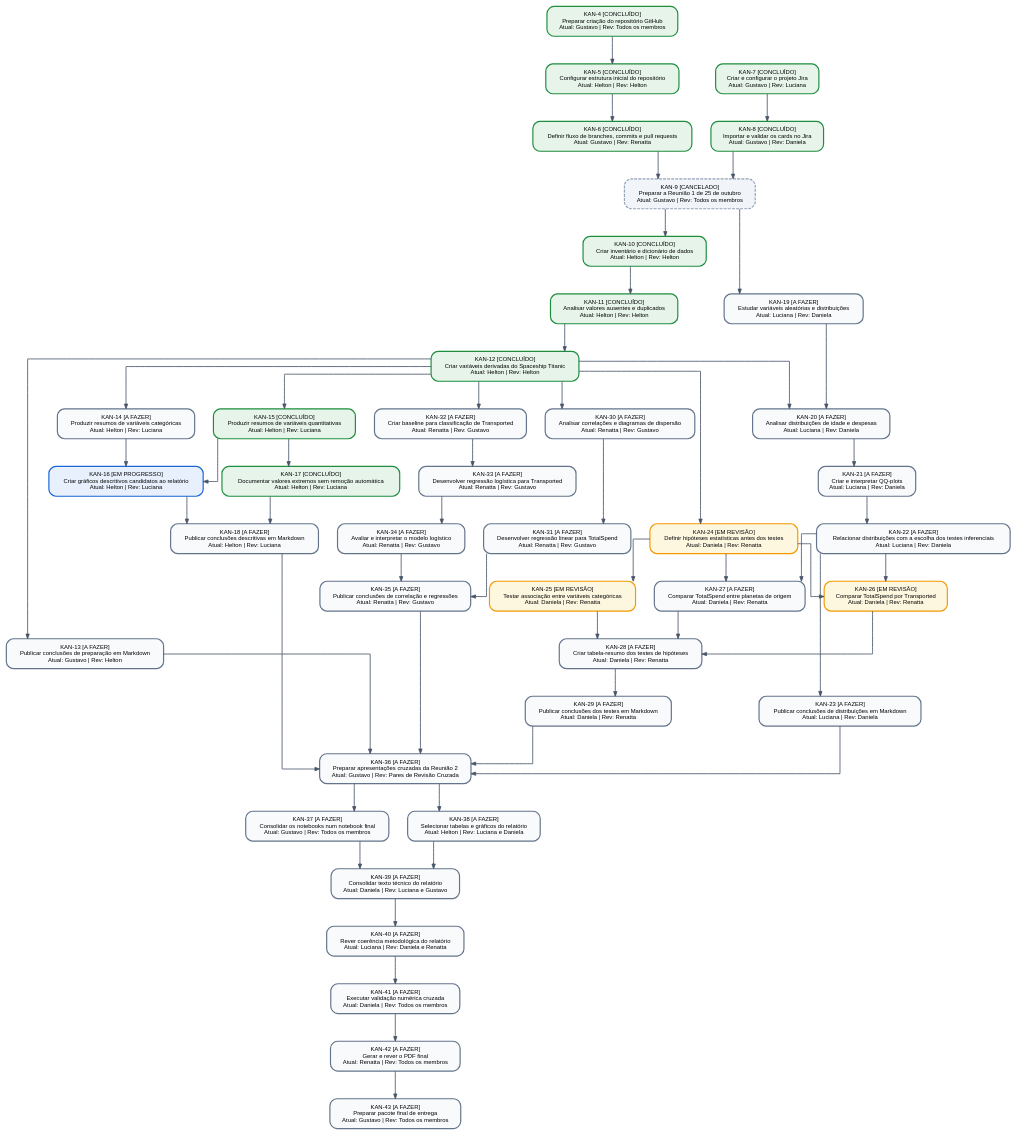
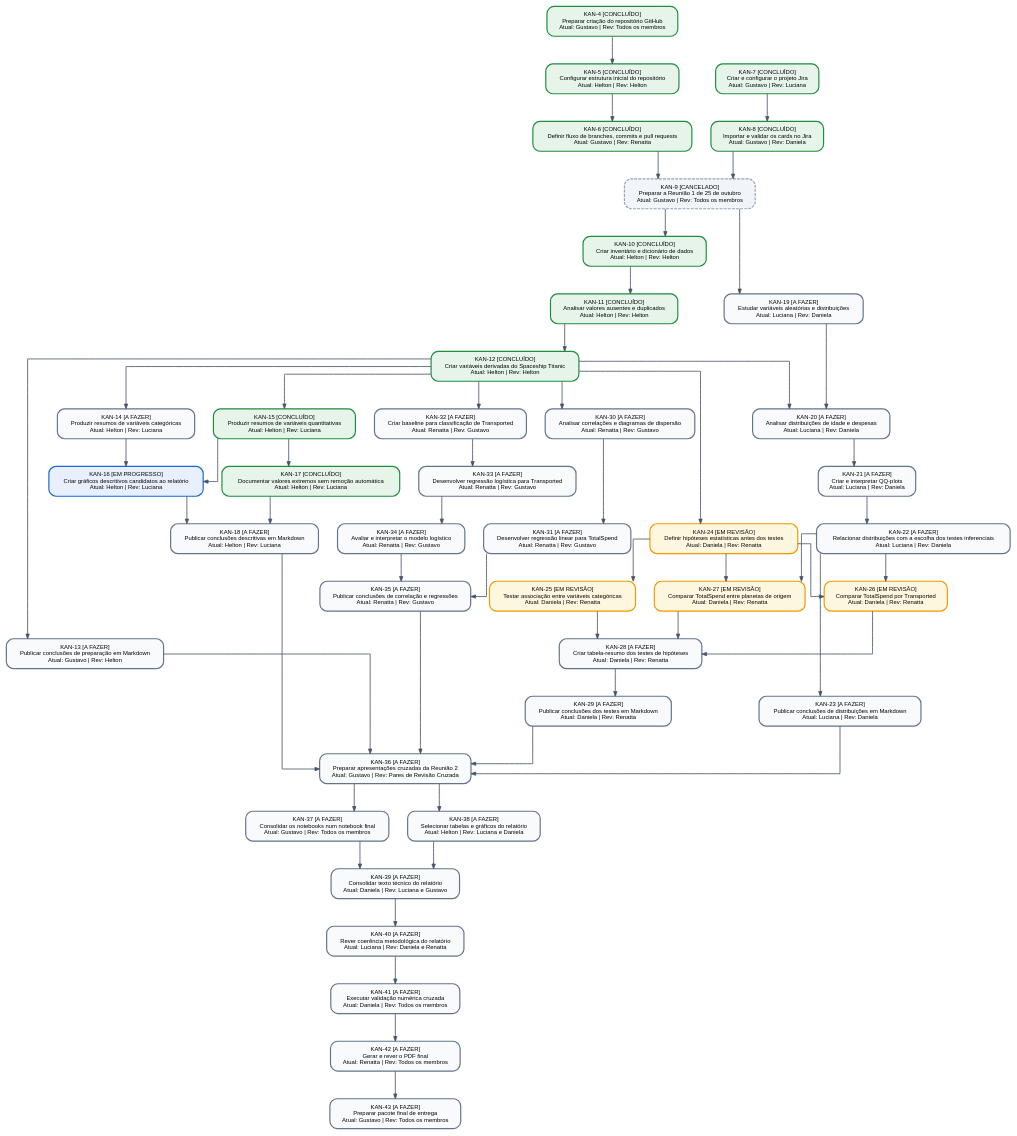
One commit to gmenezesg/spaceship-titanic-estatistica-posdl changed the diagram in docs/mapa_dependencias_jira.dot. Above: the diagram before and after it, drawn with Graphviz. The commit also changed 4 other files, not shown here.

```diff
--- a/docs/mapa_dependencias_jira.dot
+++ b/docs/mapa_dependencias_jira.dot
@@ -1,103 +1,103 @@
 digraph JiraDependencyMap {
     rankdir=TB;
     splines=ortho;
     nodesep=0.45;
     ranksep=0.65;
     fontname="Helvetica";
     node [shape=box, style="rounded,filled", fontname="Helvetica", fontsize=10, margin="0.18,0.12", penwidth=2.0];
     edge [color="#475569", penwidth=1.4, arrowsize=0.8];
 
     "KAN-4" [label="KAN-4 [CONCLUÍDO]\nPreparar criação do repositório GitHub\nAtual: Gustavo | Rev: Todos os membros", fillcolor="#E6F4EA", color="#1E8E3E", style="rounded,filled"];
     "KAN-5" [label="KAN-5 [CONCLUÍDO]\nConfigurar estrutura inicial do repositório\nAtual: Helton | Rev: Helton", fillcolor="#E6F4EA", color="#1E8E3E", style="rounded,filled"];
     "KAN-6" [label="KAN-6 [CONCLUÍDO]\nDefinir fluxo de branches, commits e pull requests\nAtual: Gustavo | Rev: Renatta", fillcolor="#E6F4EA", color="#1E8E3E", style="rounded,filled"];
     "KAN-7" [label="KAN-7 [CONCLUÍDO]\nCriar e configurar o projeto Jira\nAtual: Gustavo | Rev: Luciana", fillcolor="#E6F4EA", color="#1E8E3E", style="rounded,filled"];
     "KAN-8" [label="KAN-8 [CONCLUÍDO]\nImportar e validar os cards no Jira\nAtual: Gustavo | Rev: Daniela", fillcolor="#E6F4EA", color="#1E8E3E", style="rounded,filled"];
     "KAN-9" [label="KAN-9 [CANCELADO]\nPreparar a Reunião 1 de 25 de outubro\nAtual: Gustavo | Rev: Todos os membros", fillcolor="#F1F5F9", color="#94A3B8", style="rounded,filled,dashed"];
     "KAN-10" [label="KAN-10 [CONCLUÍDO]\nCriar inventário e dicionário de dados\nAtual: Helton | Rev: Helton", fillcolor="#E6F4EA", color="#1E8E3E", style="rounded,filled"];
     "KAN-11" [label="KAN-11 [CONCLUÍDO]\nAnalisar valores ausentes e duplicados\nAtual: Helton | Rev: Helton", fillcolor="#E6F4EA", color="#1E8E3E", style="rounded,filled"];
     "KAN-12" [label="KAN-12 [CONCLUÍDO]\nCriar variáveis derivadas do Spaceship Titanic\nAtual: Helton | Rev: Helton", fillcolor="#E6F4EA", color="#1E8E3E", style="rounded,filled"];
     "KAN-13" [label="KAN-13 [A FAZER]\nPublicar conclusões de preparação em Markdown\nAtual: Gustavo | Rev: Helton", fillcolor="#F8FAFC", color="#64748B", style="rounded,filled"];
     "KAN-14" [label="KAN-14 [A FAZER]\nProduzir resumos de variáveis categóricas\nAtual: Helton | Rev: Luciana", fillcolor="#F8FAFC", color="#64748B", style="rounded,filled"];
     "KAN-15" [label="KAN-15 [CONCLUÍDO]\nProduzir resumos de variáveis quantitativas\nAtual: Helton | Rev: Luciana", fillcolor="#E6F4EA", color="#1E8E3E", style="rounded,filled"];
     "KAN-16" [label="KAN-16 [EM PROGRESSO]\nCriar gráficos descritivos candidatos ao relatório\nAtual: Helton | Rev: Luciana", fillcolor="#E8F0FE", color="#1967D2", style="rounded,filled"];
     "KAN-17" [label="KAN-17 [CONCLUÍDO]\nDocumentar valores extremos sem remoção automática\nAtual: Helton | Rev: Luciana", fillcolor="#E6F4EA", color="#1E8E3E", style="rounded,filled"];
     "KAN-18" [label="KAN-18 [A FAZER]\nPublicar conclusões descritivas em Markdown\nAtual: Helton | Rev: Luciana", fillcolor="#F8FAFC", color="#64748B", style="rounded,filled"];
     "KAN-19" [label="KAN-19 [A FAZER]\nEstudar variáveis aleatórias e distribuições\nAtual: Luciana | Rev: Daniela", fillcolor="#F8FAFC", color="#64748B", style="rounded,filled"];
     "KAN-20" [label="KAN-20 [A FAZER]\nAnalisar distribuições de idade e despesas\nAtual: Luciana | Rev: Daniela", fillcolor="#F8FAFC", color="#64748B", style="rounded,filled"];
     "KAN-21" [label="KAN-21 [A FAZER]\nCriar e interpretar QQ-plots\nAtual: Luciana | Rev: Daniela", fillcolor="#F8FAFC", color="#64748B", style="rounded,filled"];
     "KAN-22" [label="KAN-22 [A FAZER]\nRelacionar distribuições com a escolha dos testes inferenciais\nAtual: Luciana | Rev: Daniela", fillcolor="#F8FAFC", color="#64748B", style="rounded,filled"];
     "KAN-23" [label="KAN-23 [A FAZER]\nPublicar conclusões de distribuições em Markdown\nAtual: Luciana | Rev: Daniela", fillcolor="#F8FAFC", color="#64748B", style="rounded,filled"];
     "KAN-24" [label="KAN-24 [EM REVISÃO]\nDefinir hipóteses estatísticas antes dos testes\nAtual: Daniela | Rev: Renatta", fillcolor="#FEF7E0", color="#F29900", style="rounded,filled"];
     "KAN-25" [label="KAN-25 [EM REVISÃO]\nTestar associação entre variáveis categóricas\nAtual: Daniela | Rev: Renatta", fillcolor="#FEF7E0", color="#F29900", style="rounded,filled"];
     "KAN-26" [label="KAN-26 [EM REVISÃO]\nComparar TotalSpend por Transported\nAtual: Daniela | Rev: Renatta", fillcolor="#FEF7E0", color="#F29900", style="rounded,filled"];
-    "KAN-27" [label="KAN-27 [A FAZER]\nComparar TotalSpend entre planetas de origem\nAtual: Daniela | Rev: Renatta", fillcolor="#F8FAFC", color="#64748B", style="rounded,filled"];
+    "KAN-27" [label="KAN-27 [EM REVISÃO]\nComparar TotalSpend entre planetas de origem\nAtual: Daniela | Rev: Renatta", fillcolor="#FEF7E0", color="#F29900", style="rounded,filled"];
     "KAN-28" [label="KAN-28 [A FAZER]\nCriar tabela-resumo dos testes de hipóteses\nAtual: Daniela | Rev: Renatta", fillcolor="#F8FAFC", color="#64748B", style="rounded,filled"];
     "KAN-29" [label="KAN-29 [A FAZER]\nPublicar conclusões dos testes em Markdown\nAtual: Daniela | Rev: Renatta", fillcolor="#F8FAFC", color="#64748B", style="rounded,filled"];
     "KAN-30" [label="KAN-30 [A FAZER]\nAnalisar correlações e diagramas de dispersão\nAtual: Renatta | Rev: Gustavo", fillcolor="#F8FAFC", color="#64748B", style="rounded,filled"];
     "KAN-31" [label="KAN-31 [A FAZER]\nDesenvolver regressão linear para TotalSpend\nAtual: Renatta | Rev: Gustavo", fillcolor="#F8FAFC", color="#64748B", style="rounded,filled"];
     "KAN-32" [label="KAN-32 [A FAZER]\nCriar baseline para classificação de Transported\nAtual: Renatta | Rev: Gustavo", fillcolor="#F8FAFC", color="#64748B", style="rounded,filled"];
     "KAN-33" [label="KAN-33 [A FAZER]\nDesenvolver regressão logística para Transported\nAtual: Renatta | Rev: Gustavo", fillcolor="#F8FAFC", color="#64748B", style="rounded,filled"];
     "KAN-34" [label="KAN-34 [A FAZER]\nAvaliar e interpretar o modelo logístico\nAtual: Renatta | Rev: Gustavo", fillcolor="#F8FAFC", color="#64748B", style="rounded,filled"];
     "KAN-35" [label="KAN-35 [A FAZER]\nPublicar conclusões de correlação e regressões\nAtual: Renatta | Rev: Gustavo", fillcolor="#F8FAFC", color="#64748B", style="rounded,filled"];
     "KAN-36" [label="KAN-36 [A FAZER]\nPreparar apresentações cruzadas da Reunião 2\nAtual: Gustavo | Rev: Pares de Revisão Cruzada", fillcolor="#F8FAFC", color="#64748B", style="rounded,filled"];
     "KAN-37" [label="KAN-37 [A FAZER]\nConsolidar os notebooks num notebook final\nAtual: Gustavo | Rev: Todos os membros", fillcolor="#F8FAFC", color="#64748B", style="rounded,filled"];
     "KAN-38" [label="KAN-38 [A FAZER]\nSelecionar tabelas e gráficos do relatório\nAtual: Helton | Rev: Luciana e Daniela", fillcolor="#F8FAFC", color="#64748B", style="rounded,filled"];
     "KAN-39" [label="KAN-39 [A FAZER]\nConsolidar texto técnico do relatório\nAtual: Daniela | Rev: Luciana e Gustavo", fillcolor="#F8FAFC", color="#64748B", style="rounded,filled"];
     "KAN-40" [label="KAN-40 [A FAZER]\nRever coerência metodológica do relatório\nAtual: Luciana | Rev: Daniela e Renatta", fillcolor="#F8FAFC", color="#64748B", style="rounded,filled"];
     "KAN-41" [label="KAN-41 [A FAZER]\nExecutar validação numérica cruzada\nAtual: Daniela | Rev: Todos os membros", fillcolor="#F8FAFC", color="#64748B", style="rounded,filled"];
     "KAN-42" [label="KAN-42 [A FAZER]\nGerar e rever o PDF final\nAtual: Renatta | Rev: Todos os membros", fillcolor="#F8FAFC", color="#64748B", style="rounded,filled"];
     "KAN-43" [label="KAN-43 [A FAZER]\nPreparar pacote final de entrega\nAtual: Gustavo | Rev: Todos os membros", fillcolor="#F8FAFC", color="#64748B", style="rounded,filled"];
 
     "KAN-4" -> "KAN-5";
     "KAN-5" -> "KAN-6";
     "KAN-7" -> "KAN-8";
     "KAN-6" -> "KAN-9";
     "KAN-8" -> "KAN-9";
     "KAN-9" -> "KAN-10";
     "KAN-10" -> "KAN-11";
     "KAN-11" -> "KAN-12";
     "KAN-12" -> "KAN-13";
     "KAN-12" -> "KAN-14";
     "KAN-12" -> "KAN-15";
     "KAN-14" -> "KAN-16";
     "KAN-15" -> "KAN-16";
     "KAN-15" -> "KAN-17";
     "KAN-16" -> "KAN-18";
     "KAN-17" -> "KAN-18";
     "KAN-9" -> "KAN-19";
     "KAN-12" -> "KAN-20";
     "KAN-19" -> "KAN-20";
     "KAN-20" -> "KAN-21";
     "KAN-21" -> "KAN-22";
     "KAN-22" -> "KAN-23";
     "KAN-12" -> "KAN-24";
     "KAN-24" -> "KAN-25";
     "KAN-22" -> "KAN-26";
     "KAN-24" -> "KAN-26";
     "KAN-22" -> "KAN-27";
     "KAN-24" -> "KAN-27";
     "KAN-25" -> "KAN-28";
     "KAN-26" -> "KAN-28";
     "KAN-27" -> "KAN-28";
     "KAN-28" -> "KAN-29";
     "KAN-12" -> "KAN-30";
     "KAN-30" -> "KAN-31";
     "KAN-12" -> "KAN-32";
     "KAN-32" -> "KAN-33";
     "KAN-33" -> "KAN-34";
     "KAN-34" -> "KAN-35";
     "KAN-31" -> "KAN-35";
     "KAN-13" -> "KAN-36";
     "KAN-18" -> "KAN-36";
     "KAN-23" -> "KAN-36";
     "KAN-29" -> "KAN-36";
     "KAN-35" -> "KAN-36";
     "KAN-36" -> "KAN-37";
     "KAN-36" -> "KAN-38";
     "KAN-37" -> "KAN-39";
     "KAN-38" -> "KAN-39";
     "KAN-39" -> "KAN-40";
     "KAN-40" -> "KAN-41";
     "KAN-41" -> "KAN-42";
     "KAN-42" -> "KAN-43";
 }
```
